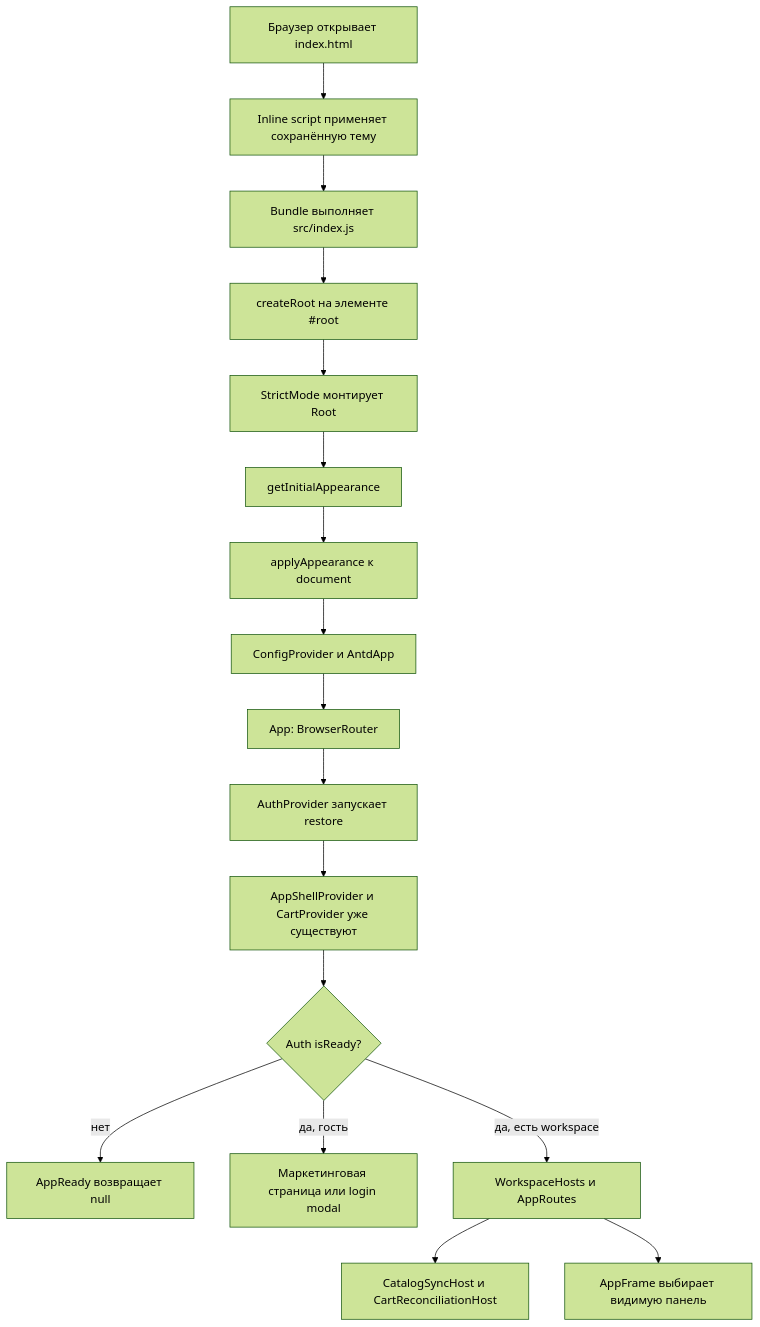
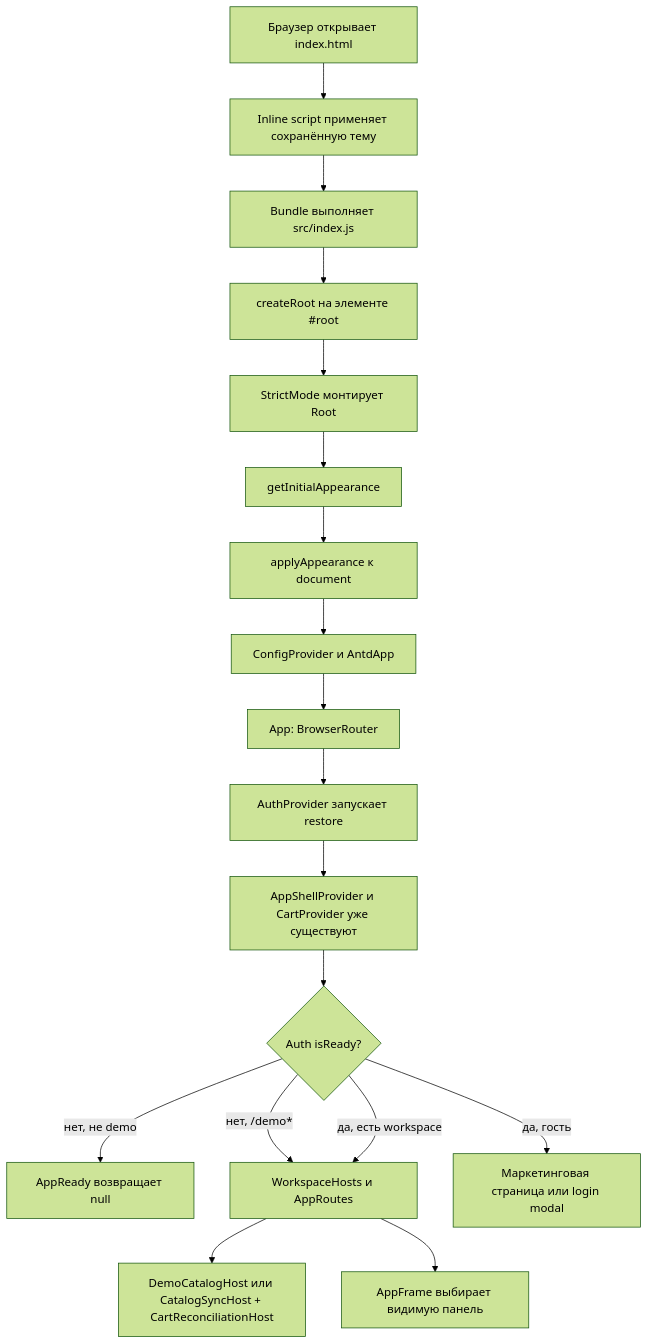
One commit to iscander-b10/tyres_discs changed the first of 3 diagrams in docs/02-architecture/frontend-provider-tree.md. Above: the diagram before and after it, drawn with Mermaid (forest theme). The commit also changed other lines of this file and 70 other files, not shown here.

First line of the commit message:
Add public /demo* catalog with a frozen snapshot and shared bootstrap curtain styling.

````diff
--- a/docs/02-architecture/frontend-provider-tree.md
+++ b/docs/02-architecture/frontend-provider-tree.md
@@ -27,19 +27,20 @@
 ```mermaid
 flowchart TD
   A[Браузер открывает index.html] --> A1[Inline script применяет сохранённую тему]
   A1 --> B[Bundle выполняет src/index.js]
   B --> C[createRoot на элементе #root]
   C --> D[StrictMode монтирует Root]
   D --> E[getInitialAppearance]
   E --> F[applyAppearance к document]
   F --> G[ConfigProvider и AntdApp]
   G --> H[App: BrowserRouter]
   H --> I[AuthProvider запускает restore]
   I --> J[AppShellProvider и CartProvider уже существуют]
   J --> K{Auth isReady?}
-  K -- нет --> L[AppReady возвращает null]
+  K -- нет, не demo --> L[AppReady возвращает null]
+  K -- нет, /demo* --> N
   K -- да, гость --> M[Маркетинговая страница или login modal]
   K -- да, есть workspace --> N[WorkspaceHosts и AppRoutes]
-  N --> O[CatalogSyncHost и CartReconciliationHost]
+  N --> O[DemoCatalogHost или CatalogSyncHost + CartReconciliationHost]
   N --> P[AppFrame выбирает видимую панель]
 ```
````
